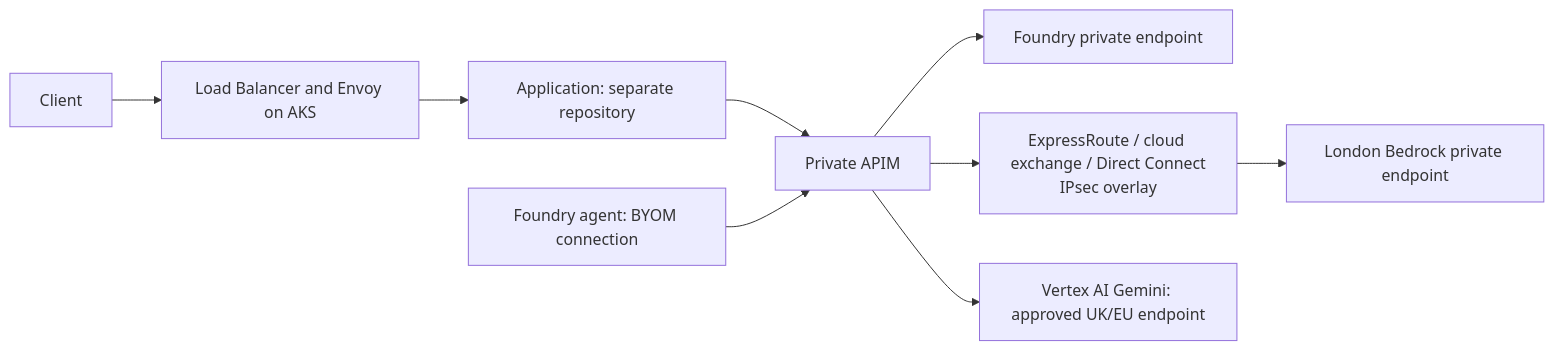
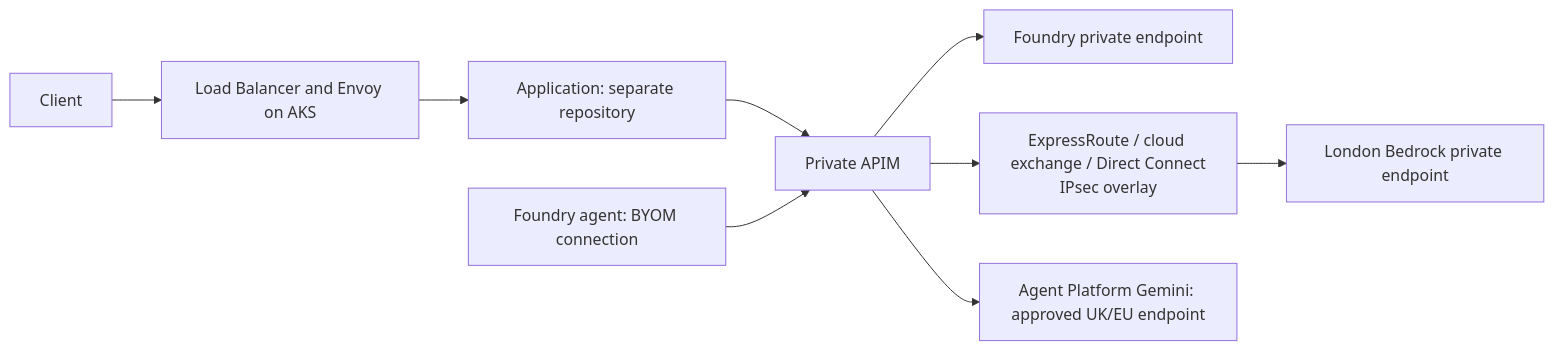
Before and after one commit to ai-platform-portfolio/model-gateway: the diagram in docs/adr/0001-model-gateway-architecture.md, drawn with Mermaid. The commit also changed other lines of this file and 10 other files, not shown here.

Commit message:
feat(infra): consume private Google Agent Platform foundation (AI-34)

````diff
--- a/docs/adr/0001-model-gateway-architecture.md
+++ b/docs/adr/0001-model-gateway-architecture.md
@@ -44,11 +44,11 @@
 ```mermaid
 flowchart LR
     Client[Client] --> Envoy[Load Balancer and Envoy on AKS]
     Envoy --> App[Application: separate repository]
     App --> APIM[Private APIM]
     APIM --> Foundry[Foundry private endpoint]
     APIM --> Link[ExpressRoute / cloud exchange / Direct Connect\nIPsec overlay]
     Link --> Bedrock[London Bedrock private endpoint]
     FoundryAgent[Foundry agent: BYOM connection] --> APIM
-    APIM --> Google[Vertex AI Gemini: approved UK/EU endpoint]
+    APIM --> Google[Agent Platform Gemini: approved UK/EU endpoint]
 ```
````
